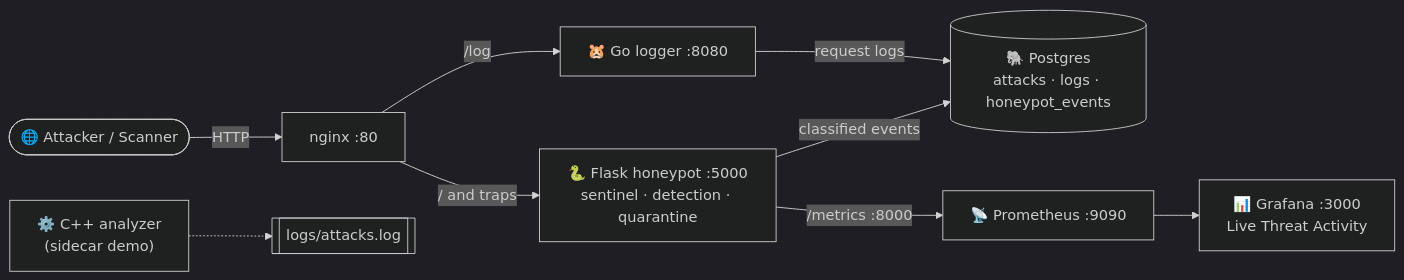
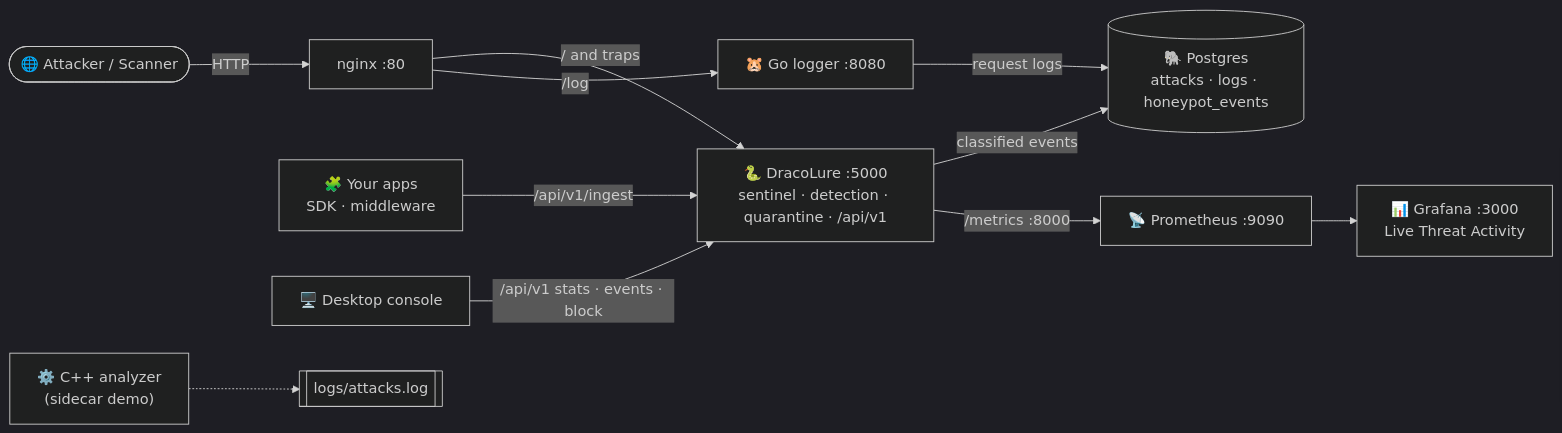
The first of 2 diagrams in README.md (kiurakku/DracoLure), drawn with Mermaid (dark theme) before and after one commit. The commit also changed other lines of this file and 28 other files, not shown here.

First line of the commit message:
Release v1.0.0: integration API, SDK, desktop console, and docs.

````diff
--- a/README.md
+++ b/README.md
@@ -66,11 +87,13 @@
 ```mermaid
 flowchart LR
     A([🌐 Attacker / Scanner]) -->|HTTP| N[nginx :80]
-    N -->|/ and traps| F["🐍 Flask honeypot :5000<br/>sentinel · detection · quarantine"]
+    Apps["🧩 Your apps<br/>SDK · middleware"] -->|/api/v1/ingest| F
+    N -->|/ and traps| F["🐍 DracoLure :5000<br/>sentinel · detection · quarantine · /api/v1"]
     N -->|/log| G["🐹 Go logger :8080"]
     F -->|classified events| DB[("🐘 Postgres<br/>attacks · logs · honeypot_events")]
     G -->|request logs| DB
     F -->|/metrics :8000| P["📡 Prometheus :9090"]
     P --> Gr["📊 Grafana :3000<br/>Live Threat Activity"]
+    Console["🖥️ Desktop console"] -->|/api/v1 stats · events · block| F
     C["⚙️ C++ analyzer<br/>(sidecar demo)"] -.-> L[["logs/attacks.log"]]
 ```
````
